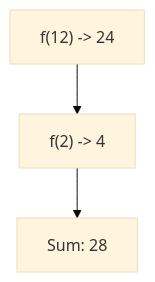
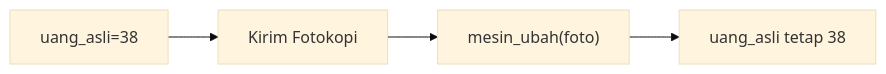
One commit to amnahwaida/OSNK_INF_PREP changed diagram 12 of 25 in part-c-pemahaman-cpp/04-fungsi/latihan/set-08.md. Above: the diagram before and after it, drawn with Mermaid (base theme). The commit also changed other lines of this file and 71 other files, not shown here.

````diff
--- a/part-c-pemahaman-cpp/04-fungsi/latihan/set-08.md
+++ b/part-c-pemahaman-cpp/04-fungsi/latihan/set-08.md
@@ -316,5 +329,6 @@
 ```mermaid
-graph TD
-A["f(12) -> 24"] --> B["f(2) -> 4"]
-B --> C["Sum: 28"]
+graph LR
+A["uang_asli=38"] --> B["Kirim Fotokopi"]
+B --> C["mesin_ubah(foto)"]
+C --> D["uang_asli tetap 38"]
 ```
````
